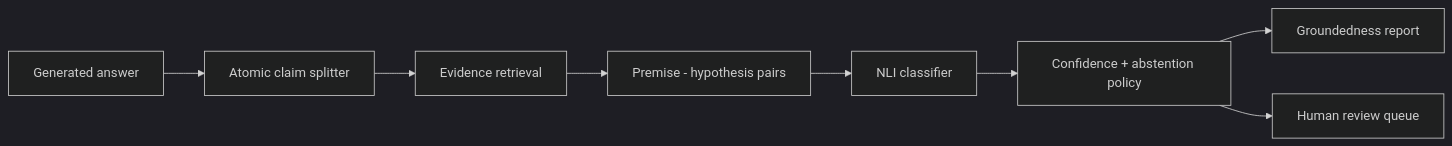
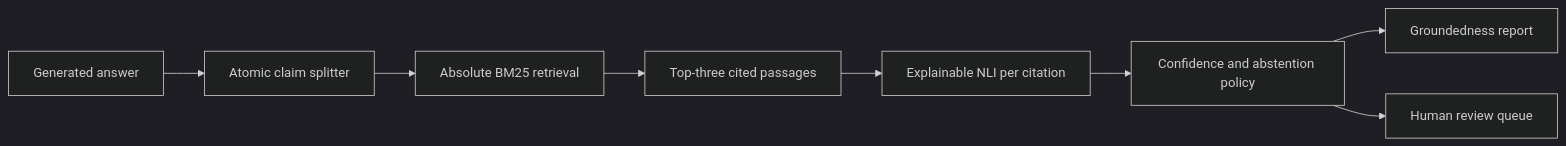
One commit to Saroswat/explainable-nli-hallucination-verifier changed the diagram in README.md. Above: the diagram before and after it, drawn with Mermaid (dark theme). The commit also changed other lines of this file and 26 other files, not shown here.

````diff
--- a/README.md
+++ b/README.md
@@ -20,10 +173,10 @@
 ```mermaid
 flowchart LR
     A["Generated answer"] --> B["Atomic claim splitter"]
-    B --> C["Evidence retrieval"]
-    C --> D["Premise - hypothesis pairs"]
-    D --> E["NLI classifier"]
-    E --> F["Confidence + abstention policy"]
+    B --> C["Absolute BM25 retrieval"]
+    C --> D["Top-three cited passages"]
+    D --> E["Explainable NLI per citation"]
+    E --> F["Confidence and abstention policy"]
     F --> G["Groundedness report"]
     F --> H["Human review queue"]
 ```
````
